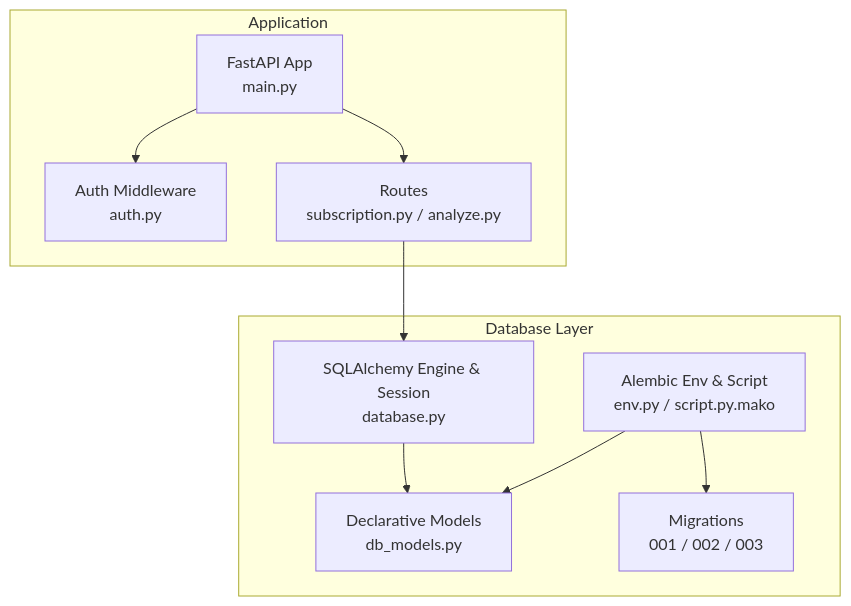
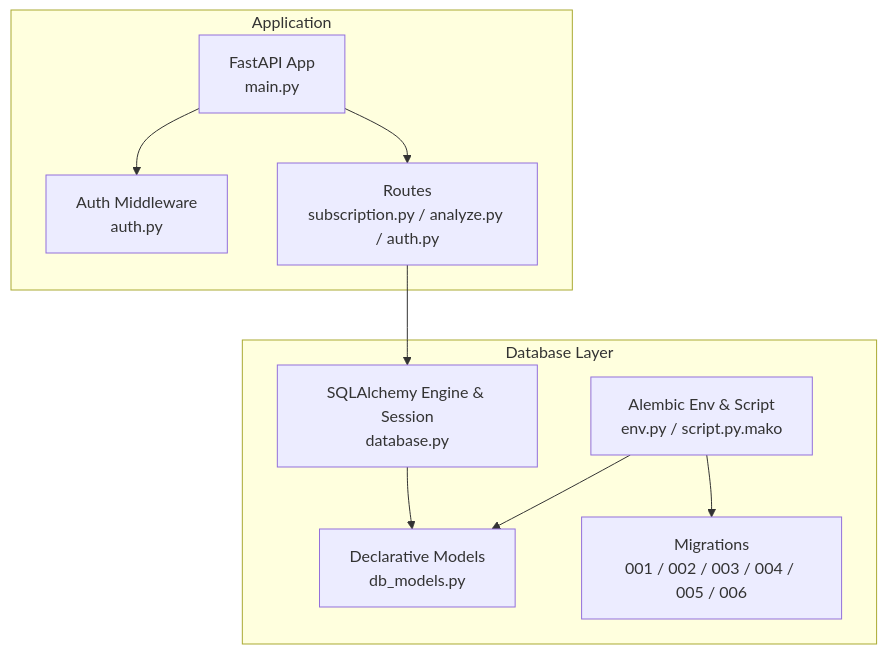
One commit to Revanththetalogics/aireume changed the first of 7 diagrams in .qoder/repowiki/en/content/Database Design/Database Design.md. Above: the diagram before and after it, drawn with Mermaid. The commit also changed other lines of this file and 33 other files, not shown here.

````diff
--- a/.qoder/repowiki/en/content/Database Design/Database Design.md
+++ b/.qoder/repowiki/en/content/Database Design/Database Design.md
@@ -37,20 +50,20 @@
 ```mermaid
 graph TB
 subgraph "Application"
 A["FastAPI App<br/>main.py"]
 B["Auth Middleware<br/>auth.py"]
-C["Routes<br/>subscription.py / analyze.py"]
+C["Routes<br/>subscription.py / analyze.py / auth.py"]
 end
 subgraph "Database Layer"
 D["SQLAlchemy Engine & Session<br/>database.py"]
 E["Declarative Models<br/>db_models.py"]
 F["Alembic Env & Script<br/>env.py / script.py.mako"]
-G["Migrations<br/>001 / 002 / 003"]
+G["Migrations<br/>001 / 002 / 003 / 004 / 005 / 006"]
 end
 A --> B
 A --> C
 C --> D
 D --> E
 F --> E
 F --> G
 ```
````
